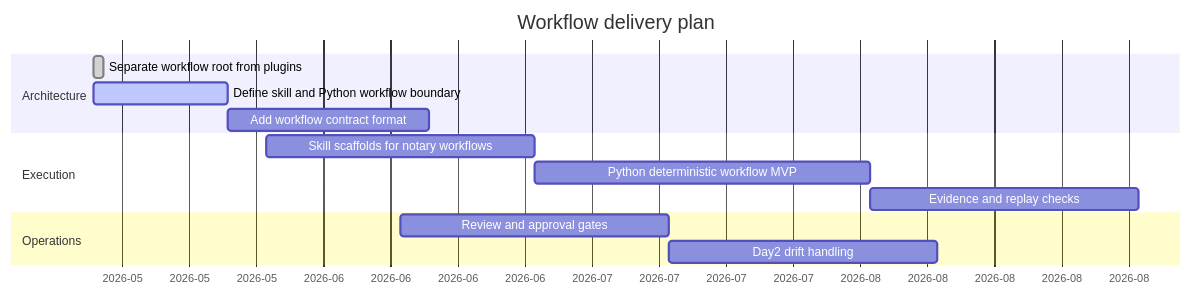
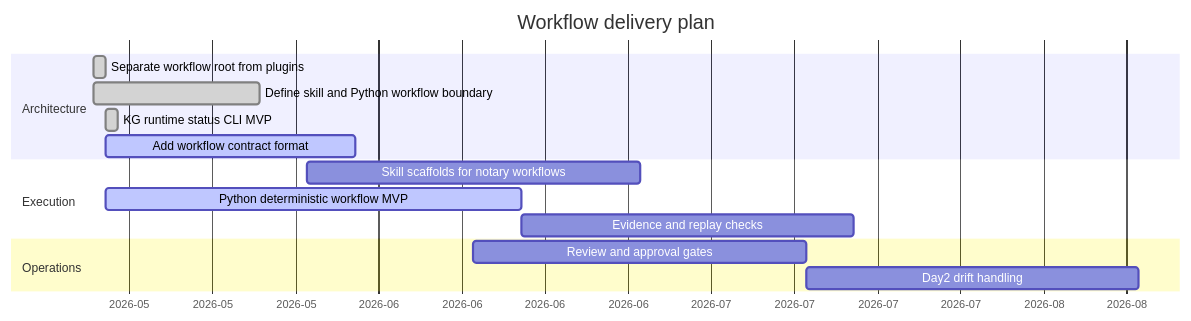
One commit to notariat8/NaC changed the diagram in workflows/GANTT.md. Above: the diagram before and after it, drawn with Mermaid. The commit also changed other lines of this file and 10 other files, not shown here.

````diff
--- a/workflows/GANTT.md
+++ b/workflows/GANTT.md
@@ -5,20 +5,21 @@
 ```mermaid
 gantt
     title Workflow delivery plan
     dateFormat  YYYY-MM-DD
     axisFormat  %Y-%m
 
     section Architecture
     Separate workflow root from plugins         :done,   w1, 2026-05-14, 1d
-    Define skill and Python workflow boundary   :active, w2, 2026-05-14, 14d
-    Add workflow contract format                :        w3, after w2, 21d
+    Define skill and Python workflow boundary   :done,   w2, 2026-05-14, 14d
+    KG runtime status CLI MVP                   :done,   w3, 2026-05-15, 1d
+    Add workflow contract format                :active, w4, 2026-05-15, 21d
 
     section Execution
-    Skill scaffolds for notary workflows        :        w4, 2026-06-01, 28d
-    Python deterministic workflow MVP           :        w5, after w4, 35d
-    Evidence and replay checks                  :        w6, after w5, 28d
+    Skill scaffolds for notary workflows        :        w5, 2026-06-01, 28d
+    Python deterministic workflow MVP           :active, w6, 2026-05-15, 35d
+    Evidence and replay checks                  :        w7, after w6, 28d
 
     section Operations
-    Review and approval gates                   :        w7, 2026-06-15, 28d
-    Day2 drift handling                         :        w8, after w7, 28d
+    Review and approval gates                   :        w8, 2026-06-15, 28d
+    Day2 drift handling                         :        w9, after w8, 28d
 ```
````
